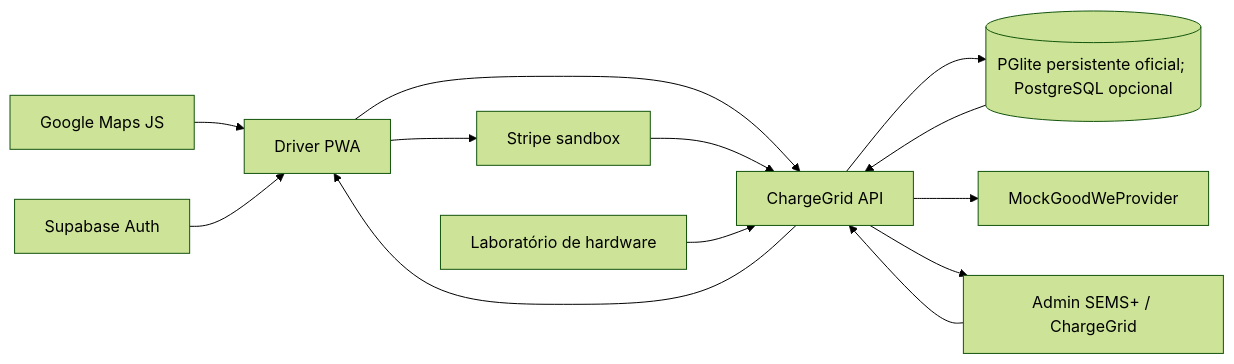
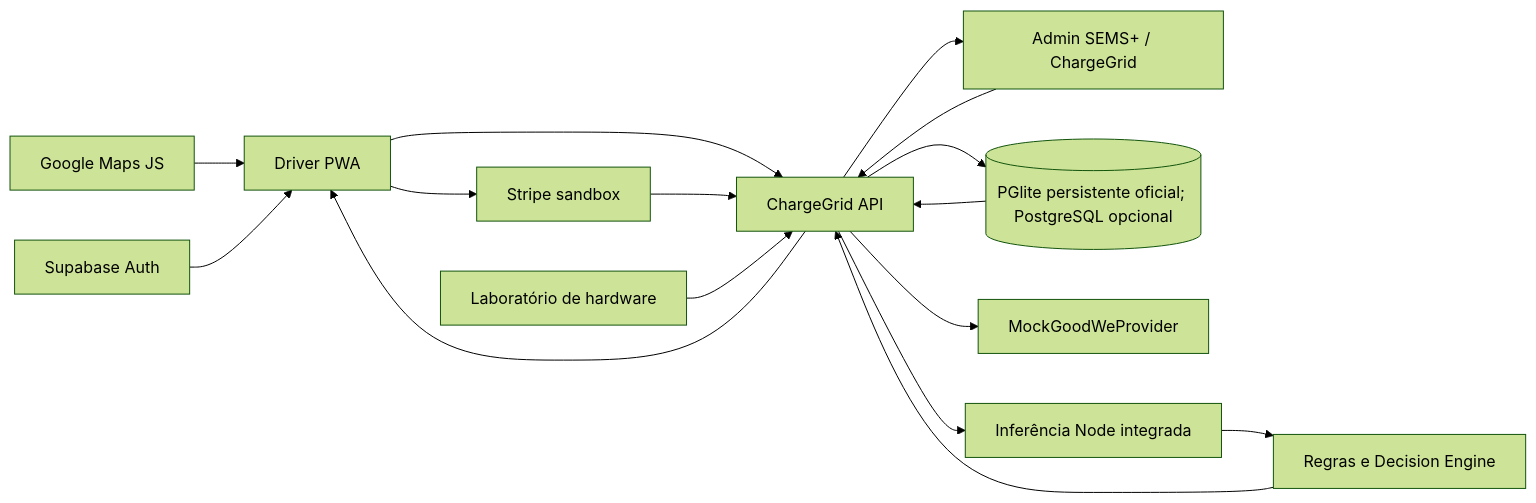
One commit to PtiagoM/Charge-Grid-Intelligence changed the first of 2 diagrams in README.md. Above: the diagram before and after it, drawn with Mermaid (forest theme). The commit also changed other lines of this file and 8 other files, not shown here.

````diff
--- a/README.md
+++ b/README.md
@@ -30,15 +32,18 @@
 ```mermaid
 flowchart LR
     Maps[Google Maps JS] --> PWA[Driver PWA]
     Auth[Supabase Auth] --> PWA
     PWA --> Stripe[Stripe sandbox]
     PWA --> API[ChargeGrid API]
     Stripe --> API
     Admin[Admin SEMS+ / ChargeGrid] --> API
     Lab[Laboratório de hardware] --> API
     API --> DB[(PGlite persistente oficial; PostgreSQL opcional)]
     API --> Provider[MockGoodWeProvider]
+    API --> Forecast[Inferência Node integrada]
+    Forecast --> Decision[Regras e Decision Engine]
+    Decision --> API
     DB --> API
     API --> PWA
     API --> Admin
 ```
````
